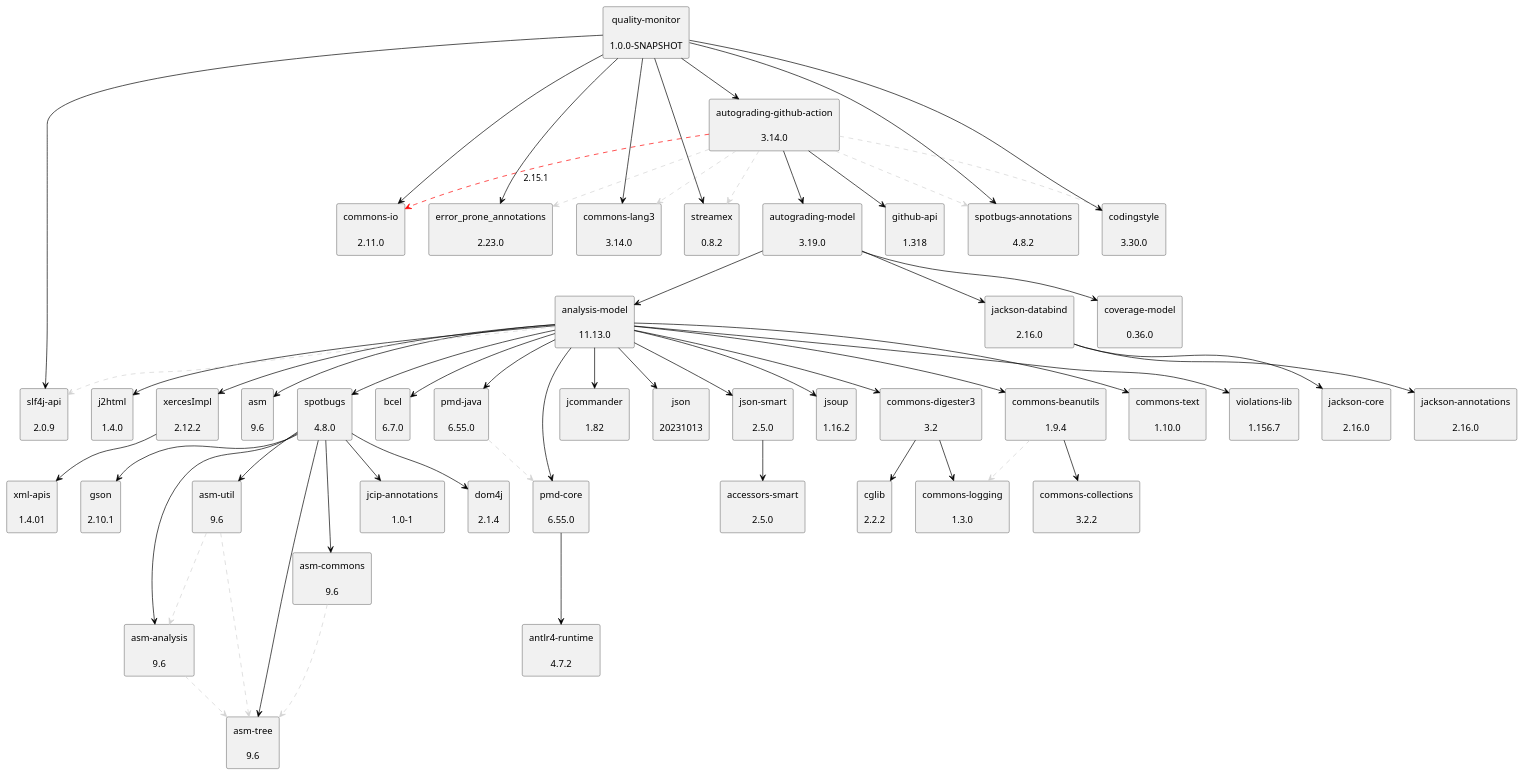
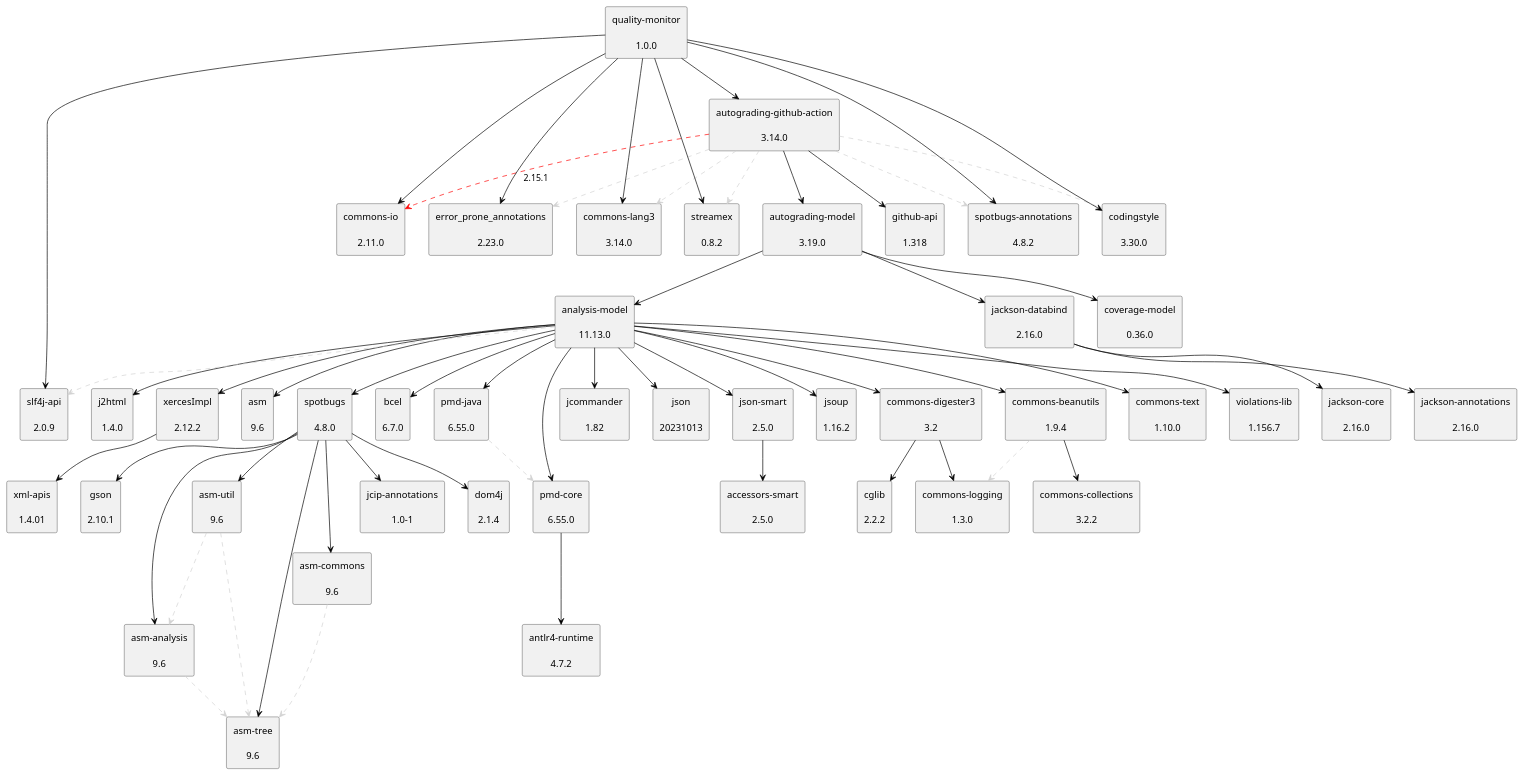
The diagram in doc/dependency-graph.puml (uhafner/quality-monitor), drawn with PlantUML before and after one commit. The commit also changed 3 other files, not shown here.

```diff
--- a/doc/dependency-graph.puml
+++ b/doc/dependency-graph.puml
@@ -1,109 +1,109 @@
 @startuml
 skinparam defaultTextAlignment center
 skinparam rectangle {
   BackgroundColor<<optional>> beige
   BackgroundColor<<test>> lightGreen
   BackgroundColor<<runtime>> lightBlue
   BackgroundColor<<provided>> lightGray
 }
 rectangle "analysis-model\n\n11.13.0" as edu_hm_hafner_analysis_model_jar
 rectangle "jsoup\n\n1.16.2" as org_jsoup_jsoup_jar
 rectangle "commons-digester3\n\n3.2" as org_apache_commons_commons_digester3_jar
 rectangle "cglib\n\n2.2.2" as cglib_cglib_jar
 rectangle "commons-logging\n\n1.3.0" as commons_logging_commons_logging_jar
 rectangle "commons-beanutils\n\n1.9.4" as commons_beanutils_commons_beanutils_jar
 rectangle "commons-collections\n\n3.2.2" as commons_collections_commons_collections_jar
 rectangle "commons-text\n\n1.10.0" as org_apache_commons_commons_text_jar
 rectangle "violations-lib\n\n1.156.7" as se_bjurr_violations_violations_lib_jar
 rectangle "j2html\n\n1.4.0" as com_j2html_j2html_jar
 rectangle "xercesImpl\n\n2.12.2" as xerces_xercesImpl_jar
 rectangle "xml-apis\n\n1.4.01" as xml_apis_xml_apis_jar
 rectangle "asm\n\n9.6" as org_ow2_asm_asm_jar
 rectangle "asm-analysis\n\n9.6" as org_ow2_asm_asm_analysis_jar
 rectangle "asm-tree\n\n9.6" as org_ow2_asm_asm_tree_jar
 rectangle "spotbugs\n\n4.8.0" as com_github_spotbugs_spotbugs_jar
 rectangle "asm-commons\n\n9.6" as org_ow2_asm_asm_commons_jar
 rectangle "asm-util\n\n9.6" as org_ow2_asm_asm_util_jar
 rectangle "jcip-annotations\n\n1.0-1" as com_github_stephenc_jcip_jcip_annotations_jar
 rectangle "dom4j\n\n2.1.4" as org_dom4j_dom4j_jar
 rectangle "gson\n\n2.10.1" as com_google_code_gson_gson_jar
 rectangle "bcel\n\n6.7.0" as org_apache_bcel_bcel_jar
 rectangle "pmd-core\n\n6.55.0" as net_sourceforge_pmd_pmd_core_jar
 rectangle "antlr4-runtime\n\n4.7.2" as org_antlr_antlr4_runtime_jar
 rectangle "jcommander\n\n1.82" as com_beust_jcommander_jar
 rectangle "pmd-java\n\n6.55.0" as net_sourceforge_pmd_pmd_java_jar
 rectangle "json\n\n20231013" as org_json_json_jar
 rectangle "json-smart\n\n2.5.0" as net_minidev_json_smart_jar
 rectangle "accessors-smart\n\n2.5.0" as net_minidev_accessors_smart_jar
 rectangle "slf4j-api\n\n2.0.9" as org_slf4j_slf4j_api_jar
 rectangle "autograding-model\n\n3.19.0" as edu_hm_hafner_autograding_model_jar
 rectangle "coverage-model\n\n0.36.0" as edu_hm_hafner_coverage_model_jar
 rectangle "jackson-databind\n\n2.16.0" as com_fasterxml_jackson_core_jackson_databind_jar
 rectangle "jackson-annotations\n\n2.16.0" as com_fasterxml_jackson_core_jackson_annotations_jar
 rectangle "jackson-core\n\n2.16.0" as com_fasterxml_jackson_core_jackson_core_jar
 rectangle "autograding-github-action\n\n3.14.0" as edu_hm_hafner_autograding_github_action_jar
 rectangle "github-api\n\n1.318" as org_kohsuke_github_api_jar
 rectangle "commons-io\n\n2.11.0" as commons_io_commons_io_jar
 rectangle "commons-lang3\n\n3.14.0" as org_apache_commons_commons_lang3_jar
 rectangle "spotbugs-annotations\n\n4.8.2" as com_github_spotbugs_spotbugs_annotations_jar
 rectangle "error_prone_annotations\n\n2.23.0" as com_google_errorprone_error_prone_annotations_jar
 rectangle "streamex\n\n0.8.2" as one_util_streamex_jar
 rectangle "codingstyle\n\n3.30.0" as edu_hm_hafner_codingstyle_jar
-rectangle "quality-monitor\n\n1.0.0-SNAPSHOT" as edu_hm_hafner_quality_monitor_jar
+rectangle "quality-monitor\n\n1.0.0" as edu_hm_hafner_quality_monitor_jar
 edu_hm_hafner_analysis_model_jar -[#000000]-> org_jsoup_jsoup_jar
 org_apache_commons_commons_digester3_jar -[#000000]-> cglib_cglib_jar
 org_apache_commons_commons_digester3_jar -[#000000]-> commons_logging_commons_logging_jar
 edu_hm_hafner_analysis_model_jar -[#000000]-> org_apache_commons_commons_digester3_jar
 commons_beanutils_commons_beanutils_jar .[#D3D3D3].> commons_logging_commons_logging_jar
 commons_beanutils_commons_beanutils_jar -[#000000]-> commons_collections_commons_collections_jar
 edu_hm_hafner_analysis_model_jar -[#000000]-> commons_beanutils_commons_beanutils_jar
 edu_hm_hafner_analysis_model_jar -[#000000]-> org_apache_commons_commons_text_jar
 edu_hm_hafner_analysis_model_jar -[#000000]-> se_bjurr_violations_violations_lib_jar
 edu_hm_hafner_analysis_model_jar -[#000000]-> com_j2html_j2html_jar
 xerces_xercesImpl_jar -[#000000]-> xml_apis_xml_apis_jar
 edu_hm_hafner_analysis_model_jar -[#000000]-> xerces_xercesImpl_jar
 edu_hm_hafner_analysis_model_jar -[#000000]-> org_ow2_asm_asm_jar
 org_ow2_asm_asm_analysis_jar .[#D3D3D3].> org_ow2_asm_asm_tree_jar
 com_github_spotbugs_spotbugs_jar -[#000000]-> org_ow2_asm_asm_analysis_jar
 org_ow2_asm_asm_commons_jar .[#D3D3D3].> org_ow2_asm_asm_tree_jar
 com_github_spotbugs_spotbugs_jar -[#000000]-> org_ow2_asm_asm_commons_jar
 com_github_spotbugs_spotbugs_jar -[#000000]-> org_ow2_asm_asm_tree_jar
 org_ow2_asm_asm_util_jar .[#D3D3D3].> org_ow2_asm_asm_tree_jar
 org_ow2_asm_asm_util_jar .[#D3D3D3].> org_ow2_asm_asm_analysis_jar
 com_github_spotbugs_spotbugs_jar -[#000000]-> org_ow2_asm_asm_util_jar
 com_github_spotbugs_spotbugs_jar -[#000000]-> com_github_stephenc_jcip_jcip_annotations_jar
 com_github_spotbugs_spotbugs_jar -[#000000]-> org_dom4j_dom4j_jar
 com_github_spotbugs_spotbugs_jar -[#000000]-> com_google_code_gson_gson_jar
 edu_hm_hafner_analysis_model_jar -[#000000]-> com_github_spotbugs_spotbugs_jar
 edu_hm_hafner_analysis_model_jar -[#000000]-> org_apache_bcel_bcel_jar
 net_sourceforge_pmd_pmd_core_jar -[#000000]-> org_antlr_antlr4_runtime_jar
 edu_hm_hafner_analysis_model_jar -[#000000]-> net_sourceforge_pmd_pmd_core_jar
 edu_hm_hafner_analysis_model_jar -[#000000]-> com_beust_jcommander_jar
 net_sourceforge_pmd_pmd_java_jar .[#D3D3D3].> net_sourceforge_pmd_pmd_core_jar
 edu_hm_hafner_analysis_model_jar -[#000000]-> net_sourceforge_pmd_pmd_java_jar
 edu_hm_hafner_analysis_model_jar -[#000000]-> org_json_json_jar
 net_minidev_json_smart_jar -[#000000]-> net_minidev_accessors_smart_jar
 edu_hm_hafner_analysis_model_jar -[#000000]-> net_minidev_json_smart_jar
 edu_hm_hafner_analysis_model_jar .[#D3D3D3].> org_slf4j_slf4j_api_jar
 edu_hm_hafner_autograding_model_jar -[#000000]-> edu_hm_hafner_analysis_model_jar
 edu_hm_hafner_autograding_model_jar -[#000000]-> edu_hm_hafner_coverage_model_jar
 com_fasterxml_jackson_core_jackson_databind_jar -[#000000]-> com_fasterxml_jackson_core_jackson_annotations_jar
 com_fasterxml_jackson_core_jackson_databind_jar -[#000000]-> com_fasterxml_jackson_core_jackson_core_jar
 edu_hm_hafner_autograding_model_jar -[#000000]-> com_fasterxml_jackson_core_jackson_databind_jar
 edu_hm_hafner_autograding_github_action_jar -[#000000]-> edu_hm_hafner_autograding_model_jar
 edu_hm_hafner_autograding_github_action_jar -[#000000]-> org_kohsuke_github_api_jar
 edu_hm_hafner_autograding_github_action_jar .[#FF0000].> commons_io_commons_io_jar: 2.15.1
 edu_hm_hafner_autograding_github_action_jar .[#D3D3D3].> org_apache_commons_commons_lang3_jar
 edu_hm_hafner_autograding_github_action_jar .[#D3D3D3].> com_github_spotbugs_spotbugs_annotations_jar
 edu_hm_hafner_autograding_github_action_jar .[#D3D3D3].> com_google_errorprone_error_prone_annotations_jar
 edu_hm_hafner_autograding_github_action_jar .[#D3D3D3].> one_util_streamex_jar
 edu_hm_hafner_autograding_github_action_jar .[#D3D3D3].> edu_hm_hafner_codingstyle_jar
 edu_hm_hafner_quality_monitor_jar -[#000000]-> edu_hm_hafner_autograding_github_action_jar
 edu_hm_hafner_quality_monitor_jar -[#000000]-> org_slf4j_slf4j_api_jar
 edu_hm_hafner_quality_monitor_jar -[#000000]-> com_github_spotbugs_spotbugs_annotations_jar
 edu_hm_hafner_quality_monitor_jar -[#000000]-> com_google_errorprone_error_prone_annotations_jar
 edu_hm_hafner_quality_monitor_jar -[#000000]-> one_util_streamex_jar
 edu_hm_hafner_quality_monitor_jar -[#000000]-> edu_hm_hafner_codingstyle_jar
 edu_hm_hafner_quality_monitor_jar -[#000000]-> org_apache_commons_commons_lang3_jar
 edu_hm_hafner_quality_monitor_jar -[#000000]-> commons_io_commons_io_jar
 @enduml
```
